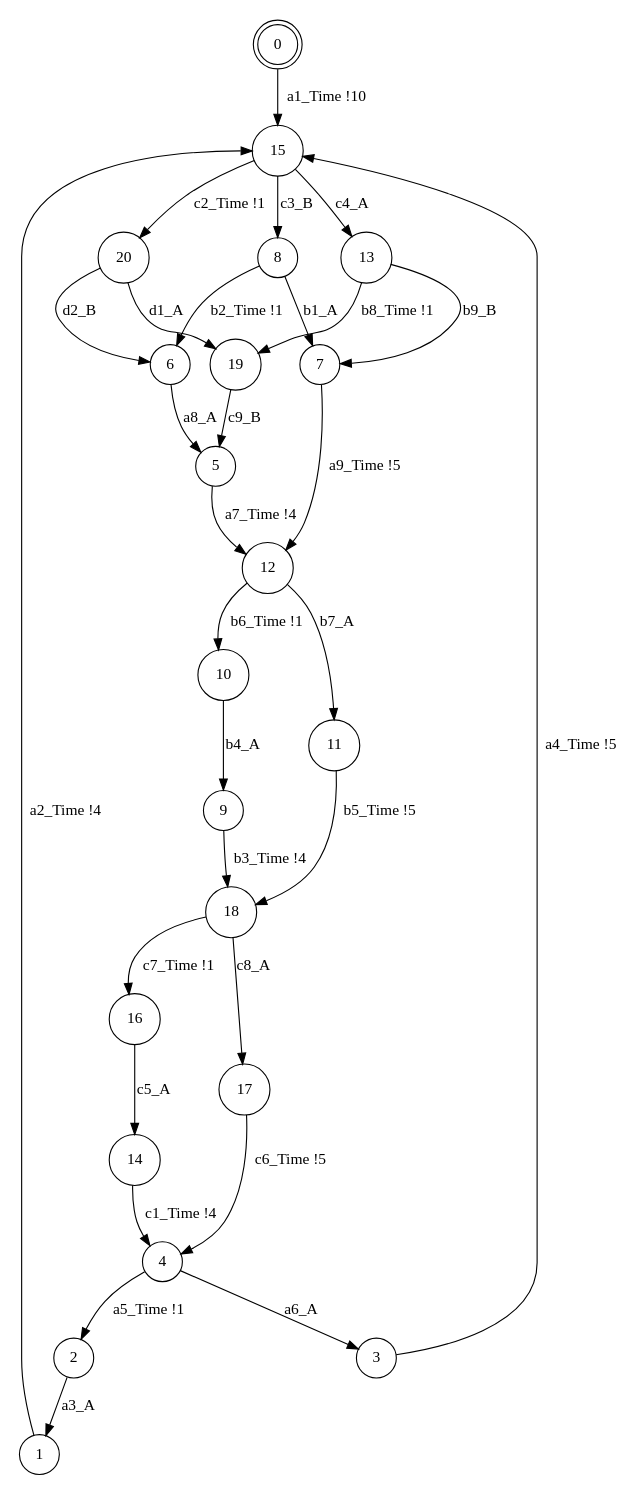
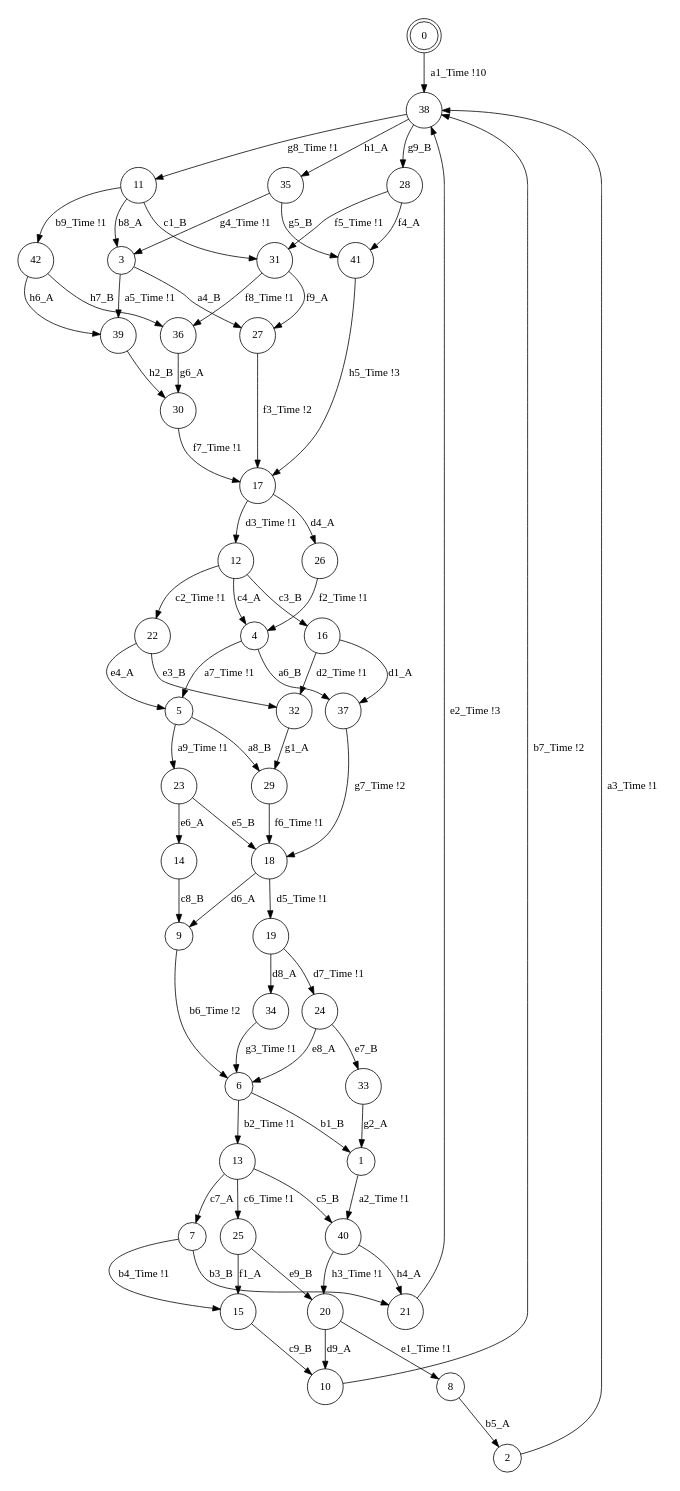
One commit to irmanfaqrizal/ptsv changed the diagram in experiments/example/simple-min-mapped.dot. Above: the diagram before and after it, drawn with Graphviz. The commit also changed 126 other files, not shown here.

```diff
--- a/experiments/example/simple-min-mapped.dot
+++ b/experiments/example/simple-min-mapped.dot
@@ -1,35 +1,76 @@
 digraph BCG {
 size = "7, 10.5";
 center = TRUE;
 node [shape = circle];
 0 [peripheries = 2];
-0 -> 15 [label = "a1_Time !10"];
-1 -> 15 [label = "a2_Time !4"];
-2 -> 1 [label = "a3_A"];
-3 -> 15 [label = "a4_Time !5"];
-4 -> 3 [label = "a6_A"];
-4 -> 2 [label = "a5_Time !1"];
-5 -> 12 [label = "a7_Time !4"];
-6 -> 5 [label = "a8_A"];
-7 -> 12 [label = "a9_Time !5"];
-8 -> 6 [label = "b2_Time !1"];
-8 -> 7 [label = "b1_A"];
-9 -> 18 [label = "b3_Time !4"];
-10 -> 9 [label = "b4_A"];
-11 -> 18 [label = "b5_Time !5"];
-12 -> 11 [label = "b7_A"];
-12 -> 10 [label = "b6_Time !1"];
-13 -> 7 [label = "b9_B"];
-13 -> 19 [label = "b8_Time !1"];
-14 -> 4 [label = "c1_Time !4"];
-15 -> 13 [label = "c4_A"];
-15 -> 8 [label = "c3_B"];
-15 -> 20 [label = "c2_Time !1"];
-16 -> 14 [label = "c5_A"];
-17 -> 4 [label = "c6_Time !5"];
-18 -> 17 [label = "c8_A"];
-18 -> 16 [label = "c7_Time !1"];
-19 -> 5 [label = "c9_B"];
-20 -> 6 [label = "d2_B"];
-20 -> 19 [label = "d1_A"];
+0 -> 38 [label = "a1_Time !10"];
+1 -> 40 [label = "a2_Time !1"];
+2 -> 38 [label = "a3_Time !1"];
+3 -> 39 [label = "a5_Time !1"];
+3 -> 27 [label = "a4_B"];
+4 -> 5 [label = "a7_Time !1"];
+4 -> 37 [label = "a6_B"];
+5 -> 23 [label = "a9_Time !1"];
+5 -> 29 [label = "a8_B"];
+6 -> 13 [label = "b2_Time !1"];
+6 -> 1 [label = "b1_B"];
+7 -> 15 [label = "b4_Time !1"];
+7 -> 21 [label = "b3_B"];
+8 -> 2 [label = "b5_A"];
+9 -> 6 [label = "b6_Time !2"];
+10 -> 38 [label = "b7_Time !2"];
+11 -> 31 [label = "c1_B"];
+11 -> 42 [label = "b9_Time !1"];
+11 -> 3 [label = "b8_A"];
+12 -> 4 [label = "c4_A"];
+12 -> 16 [label = "c3_B"];
+12 -> 22 [label = "c2_Time !1"];
+13 -> 7 [label = "c7_A"];
+13 -> 25 [label = "c6_Time !1"];
+13 -> 40 [label = "c5_B"];
+14 -> 9 [label = "c8_B"];
+15 -> 10 [label = "c9_B"];
+16 -> 32 [label = "d2_Time !1"];
+16 -> 37 [label = "d1_A"];
+17 -> 26 [label = "d4_A"];
+17 -> 12 [label = "d3_Time !1"];
+18 -> 9 [label = "d6_A"];
+18 -> 19 [label = "d5_Time !1"];
+19 -> 34 [label = "d8_A"];
+19 -> 24 [label = "d7_Time !1"];
+20 -> 8 [label = "e1_Time !1"];
+20 -> 10 [label = "d9_A"];
+21 -> 38 [label = "e2_Time !3"];
+22 -> 5 [label = "e4_A"];
+22 -> 32 [label = "e3_B"];
+23 -> 14 [label = "e6_A"];
+23 -> 18 [label = "e5_B"];
+24 -> 6 [label = "e8_A"];
+24 -> 33 [label = "e7_B"];
+25 -> 15 [label = "f1_A"];
+25 -> 20 [label = "e9_B"];
+26 -> 4 [label = "f2_Time !1"];
+27 -> 17 [label = "f3_Time !2"];
+28 -> 31 [label = "f5_Time !1"];
+28 -> 41 [label = "f4_A"];
+29 -> 18 [label = "f6_Time !1"];
+30 -> 17 [label = "f7_Time !1"];
+31 -> 27 [label = "f9_A"];
+31 -> 36 [label = "f8_Time !1"];
+32 -> 29 [label = "g1_A"];
+33 -> 1 [label = "g2_A"];
+34 -> 6 [label = "g3_Time !1"];
+35 -> 41 [label = "g5_B"];
+35 -> 3 [label = "g4_Time !1"];
+36 -> 30 [label = "g6_A"];
+37 -> 18 [label = "g7_Time !2"];
+38 -> 35 [label = "h1_A"];
+38 -> 28 [label = "g9_B"];
+38 -> 11 [label = "g8_Time !1"];
+39 -> 30 [label = "h2_B"];
+40 -> 21 [label = "h4_A"];
+40 -> 20 [label = "h3_Time !1"];
+41 -> 17 [label = "h5_Time !3"];
+42 -> 36 [label = "h7_B"];
+42 -> 39 [label = "h6_A"];
 }
```
